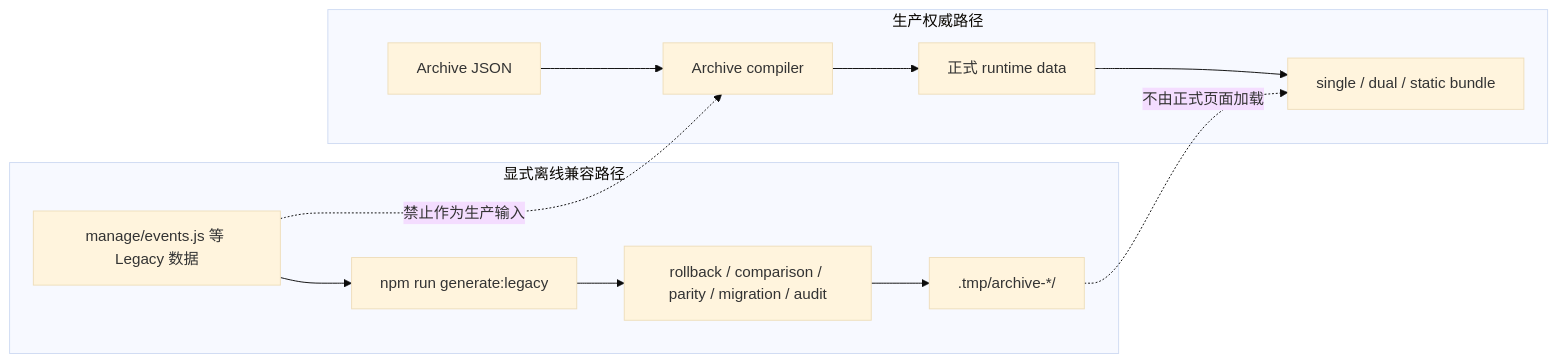
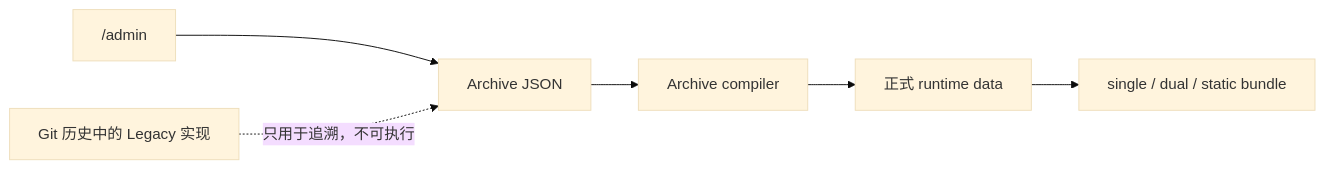
One commit to bjzgcai/AI-History-Show changed the fourth of 5 diagrams in docs/archive-data-flow.md. Above: the diagram before and after it, drawn with Mermaid (base theme). The commit also changed other lines of this file and 54 other files, not shown here.

````diff
--- a/docs/archive-data-flow.md
+++ b/docs/archive-data-flow.md
@@ -147,15 +147,6 @@
 ```mermaid
 flowchart LR
-    subgraph Production["生产权威路径"]
-        A["Archive JSON"] --> C["Archive compiler"] --> R["正式 runtime data"] --> F["single / dual / static bundle"]
-    end
-
-    subgraph Offline["显式离线兼容路径"]
-        L["manage/events.js 等 Legacy 数据"] --> LG["npm run generate:legacy"]
-        LG --> P["rollback / comparison / parity / migration / audit"]
-        P --> TMP[".tmp/archive-*/"]
-    end
-
-    L -.->|禁止作为生产输入| C
-    TMP -.->|不由正式页面加载| F
+    A["Archive JSON"] --> C["Archive compiler"] --> R["正式 runtime data"] --> F["single / dual / static bundle"]
+    M["/admin"] --> A
+    H["Git 历史中的 Legacy 实现"] -.->|只用于追溯，不可执行| A
 ```
````
